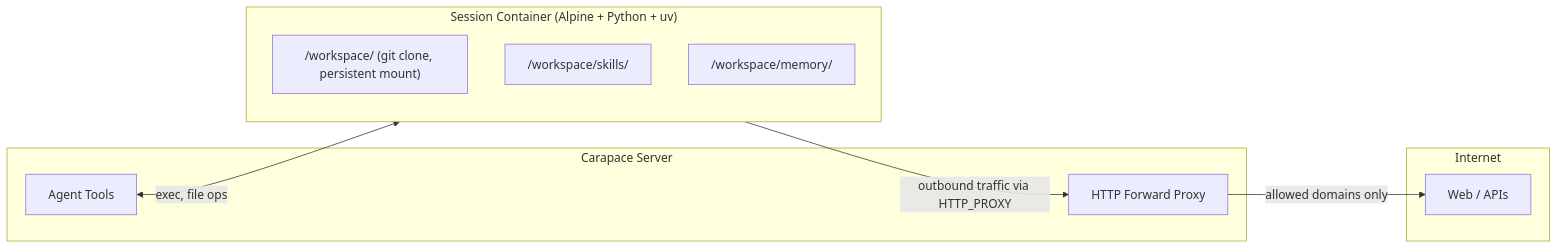
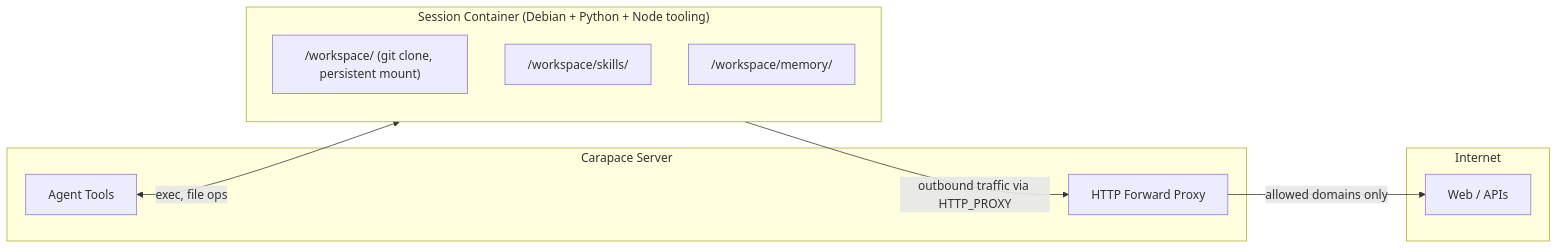
Before and after one commit to thiesgerken/carapace: the diagram in docs/sandbox.md, drawn with Mermaid. The commit also changed other lines of this file and 5 other files, not shown here.

````diff
--- a/docs/sandbox.md
+++ b/docs/sandbox.md
@@ -9,21 +9,21 @@
 ```mermaid
 flowchart LR
     subgraph carapace [Carapace Server]
         Agent[Agent Tools]
         Proxy[HTTP Forward Proxy]
     end
 
-    subgraph container ["Session Container (Alpine + Python + uv)"]
+    subgraph container ["Session Container (Debian + Python + Node tooling)"]
         Workspace["/workspace/ (git clone, persistent mount)"]
         Skills["/workspace/skills/"]
         Memory["/workspace/memory/"]
     end
 
     subgraph external [Internet]
         APIs[Web / APIs]
     end
 
     Agent <-->|exec, file ops| container
     container -->|outbound traffic via HTTP_PROXY| Proxy
     Proxy -->|allowed domains only| APIs
 ```
````
